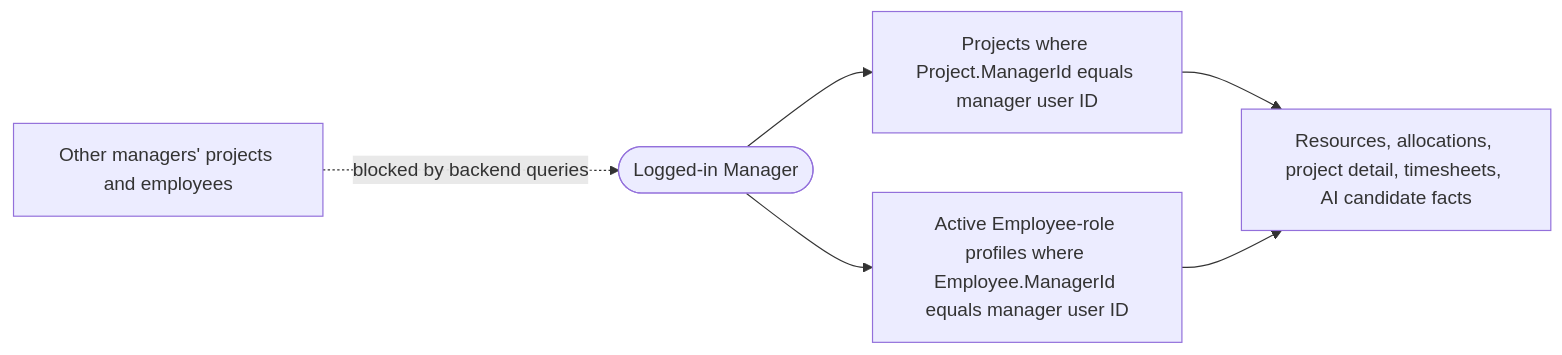
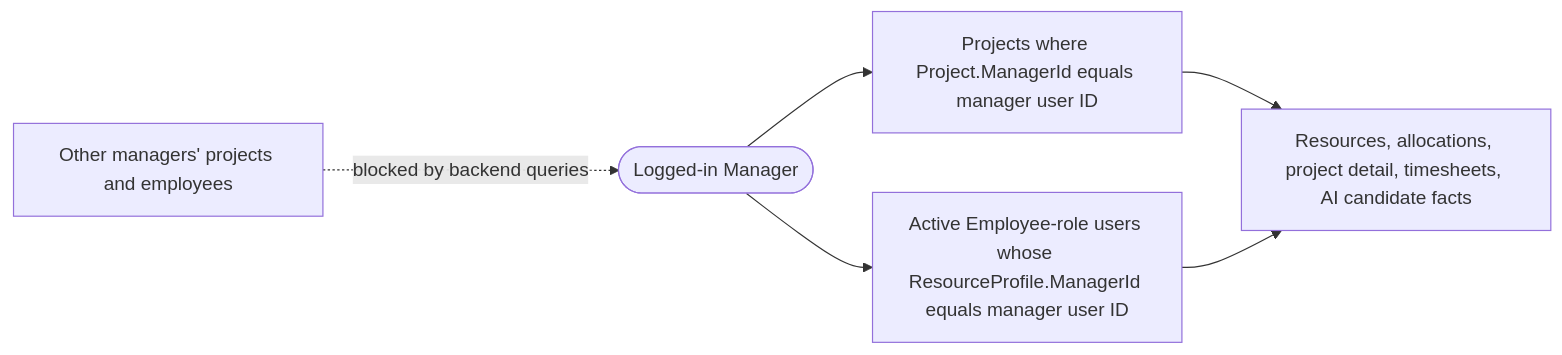
One commit to AayushGargITT/AayushGarg-LearnCode-2025-26 changed the eighth of 17 diagrams in ResourceMindAi/readme.md. Above: the diagram before and after it, drawn with Mermaid. The commit also changed other lines of this file and 35 other files, not shown here.

First line of the commit message:
refactor(domain): rename Employee to ResourceProfile and simplify entity model

````diff
--- a/ResourceMindAi/readme.md
+++ b/ResourceMindAi/readme.md
@@ -461,14 +459,14 @@
 ```mermaid
 flowchart LR
     Manager([Logged-in Manager])
     OwnedProjects[Projects where Project.ManagerId equals manager user ID]
-    TeamEmployees[Active Employee-role profiles where Employee.ManagerId equals manager user ID]
+    TeamEmployees[Active Employee-role users whose ResourceProfile.ManagerId equals manager user ID]
     Allowed[Resources, allocations, project detail, timesheets, AI candidate facts]
     CompanyData[Other managers' projects and employees]
 
     Manager --> OwnedProjects
     Manager --> TeamEmployees
     OwnedProjects --> Allowed
     TeamEmployees --> Allowed
     CompanyData -. blocked by backend queries .-> Manager
 ```
````
